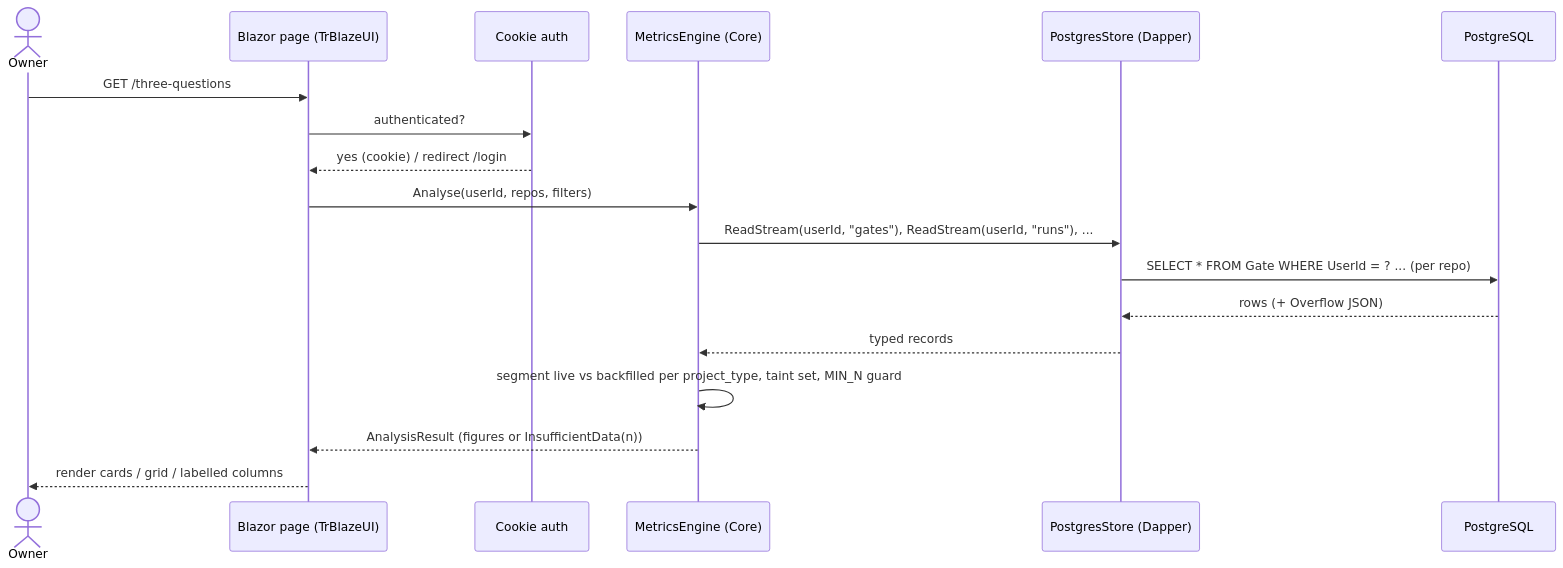
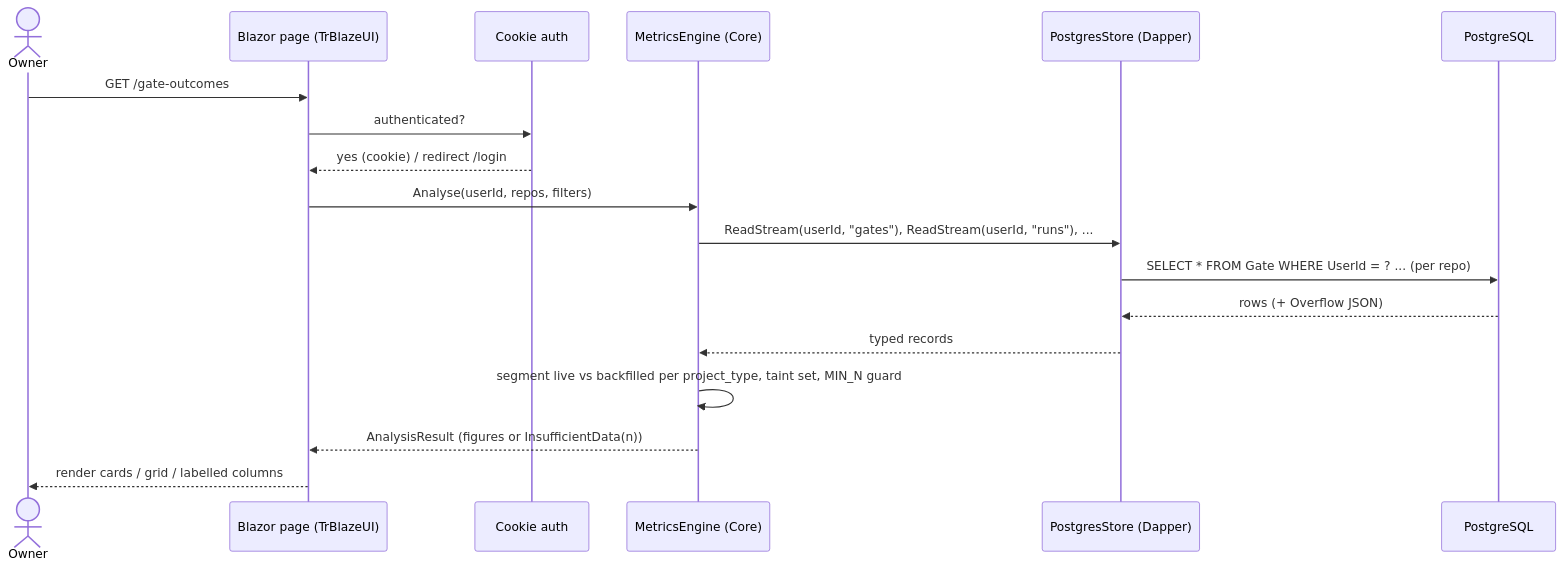
One commit to techierathore/TfLens changed the second of 12 diagrams in docs/TfLens-Architecture.md. Above: the diagram before and after it, drawn with Mermaid. The commit also changed other lines of this file and 151 other files, not shown here.

````diff
--- a/docs/TfLens-Architecture.md
+++ b/docs/TfLens-Architecture.md
@@ -136,20 +144,20 @@
 ```mermaid
 sequenceDiagram
   actor O as Owner
   participant B as Blazor page (TrBlazeUI)
   participant A as Cookie auth
   participant M as MetricsEngine (Core)
   participant S as PostgresStore (Dapper)
   participant DB as PostgreSQL
-  O->>B: GET /three-questions
+  O->>B: GET /gate-outcomes
   B->>A: authenticated?
   A-->>B: yes (cookie) / redirect /login
   B->>M: Analyse(userId, repos, filters)
   M->>S: ReadStream(userId, "gates"), ReadStream(userId, "runs"), ...
   S->>DB: SELECT * FROM Gate WHERE UserId = ? ... (per repo)
   DB-->>S: rows (+ Overflow JSON)
   S-->>M: typed records
   M->>M: segment live vs backfilled per project_type, taint set, MIN_N guard
   M-->>B: AnalysisResult (figures or InsufficientData(n))
   B-->>O: render cards / grid / labelled columns
 ```
````
